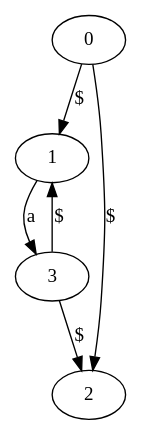
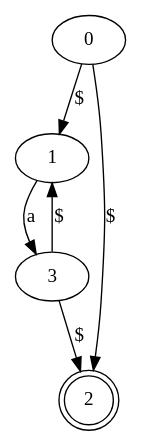
Before and after one commit to easymoneysnipertang/Compiler: the diagram in OT1/NFA0.dot, drawn with Graphviz. The commit also changed 4 other files, not shown here.

```diff
--- a/OT1/NFA0.dot
+++ b/OT1/NFA0.dot
@@ -1,7 +1,8 @@
 digraph G {
 	0 -> 1 [label="$"];
 	0 -> 2 [label="$"];
 	1 -> 3 [label="a"];
 	3 -> 2 [label="$"];
 	3 -> 1 [label="$"];
+	2 [shape=doublecircle];
 }
```
